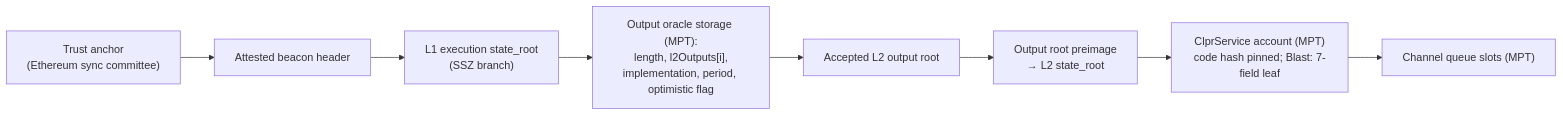
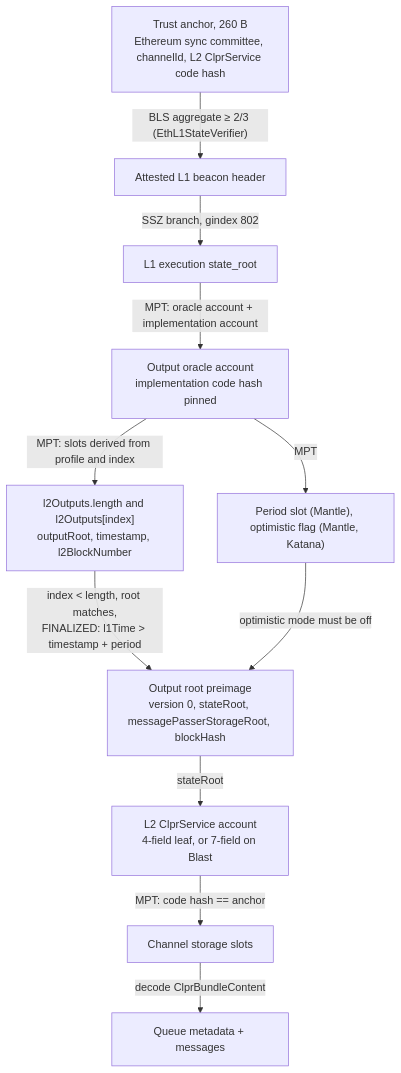
Before and after one commit to shayansal/clpr-smart-contracts: the first of 2 diagrams in src/verifiers/evm/opstack/oracle/README.md, drawn with Mermaid. The commit also changed other lines of this file and 1 other file, not shown here.

First line of the commit message:
docs(opstack-verifier): bring the output-oracle README up to the verifier README standard

````diff
--- a/src/verifiers/evm/opstack/oracle/README.md
+++ b/src/verifiers/evm/opstack/oracle/README.md
@@ -19,10 +38,24 @@
 ```mermaid
-flowchart LR
-    A["Trust anchor<br/>(Ethereum sync committee)"] --> B["Attested beacon header"]
-    B --> C["L1 execution state_root<br/>(SSZ branch)"]
-    C --> D["Output oracle storage (MPT):<br/>length, l2Outputs[i],<br/>implementation, period, optimistic flag"]
-    D --> E["Accepted L2 output root"]
-    E --> F["Output root preimage<br/>→ L2 state_root"]
-    F --> G["ClprService account (MPT)<br/>code hash pinned; Blast: 7-field leaf"]
-    G --> H["Channel queue slots (MPT)"]
+flowchart TD
+    TA["Trust anchor, 260 B<br/>Ethereum sync committee, channelId, L2 ClprService code hash"]
+    BH["Attested L1 beacon header"]
+    L1["L1 execution state_root"]
+    OR["Output oracle account<br/>implementation code hash pinned"]
+    ARR["l2Outputs.length and l2Outputs[index]<br/>outputRoot, timestamp, l2BlockNumber"]
+    FLAGS["Period slot (Mantle), optimistic flag (Mantle, Katana)"]
+    OUT["Output root preimage<br/>version 0, stateRoot, messagePasserStorageRoot, blockHash"]
+    L2["L2 ClprService account<br/>4-field leaf, or 7-field on Blast"]
+    SLOTS["Channel storage slots"]
+    QM["Queue metadata + messages"]
+
+    TA -- "BLS aggregate ≥ 2/3 (EthL1StateVerifier)" --> BH
+    BH -- "SSZ branch, gindex 802" --> L1
+    L1 -- "MPT: oracle account + implementation account" --> OR
+    OR -- "MPT: slots derived from profile and index" --> ARR
+    OR -- "MPT" --> FLAGS
+    ARR -- "index < length, root matches,<br/>FINALIZED: l1Time > timestamp + period" --> OUT
+    FLAGS -- "optimistic mode must be off" --> OUT
+    OUT -- "stateRoot" --> L2
+    L2 -- "MPT: code hash == anchor" --> SLOTS
+    SLOTS -- "decode ClprBundleContent" --> QM
 ```
````
